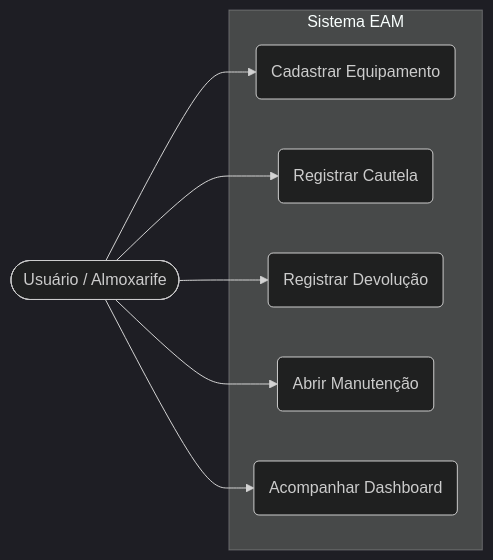
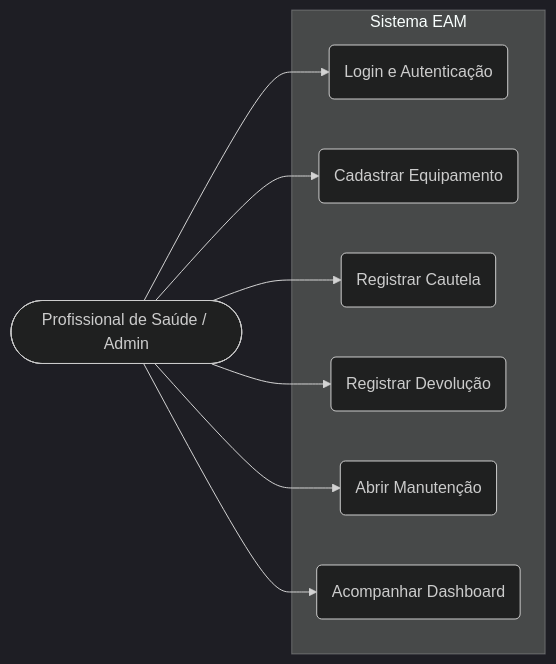
The first of 6 diagrams in docs/diagramas.md (Cesajulio/EAM_Projeto), drawn with Mermaid (dark theme) before and after one commit. The commit also changed other lines of this file and 1 other file, not shown here.

Commit message:
docs: atualiza diagramas com autenticacao e perfis

````diff
--- a/docs/diagramas.md
+++ b/docs/diagramas.md
@@ -12,18 +12,20 @@
 ```mermaid
 flowchart LR
-    Admin([Usuário / Almoxarife])
+    User([Profissional de Saúde / Admin])
     
     subgraph Sistema EAM
+        UC0(Login e Autenticação)
         UC1(Cadastrar Equipamento)
         UC2(Registrar Cautela)
         UC3(Registrar Devolução)
         UC4(Abrir Manutenção)
         UC5(Acompanhar Dashboard)
     end
     
-    Admin --> UC1
-    Admin --> UC2
-    Admin --> UC3
-    Admin --> UC4
-    Admin --> UC5
+    User --> UC0
+    User --> UC1
+    User --> UC2
+    User --> UC3
+    User --> UC4
+    User --> UC5
 ```
````
